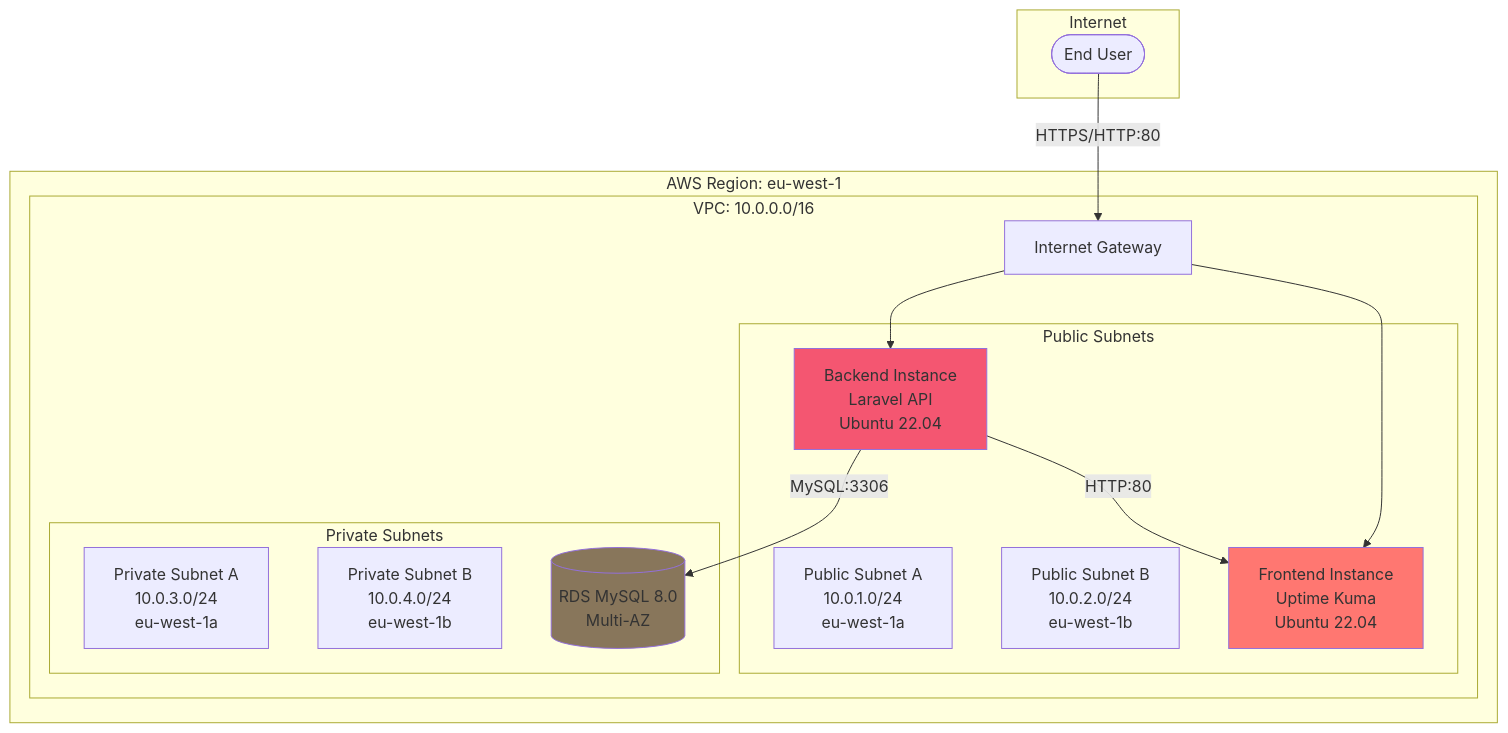
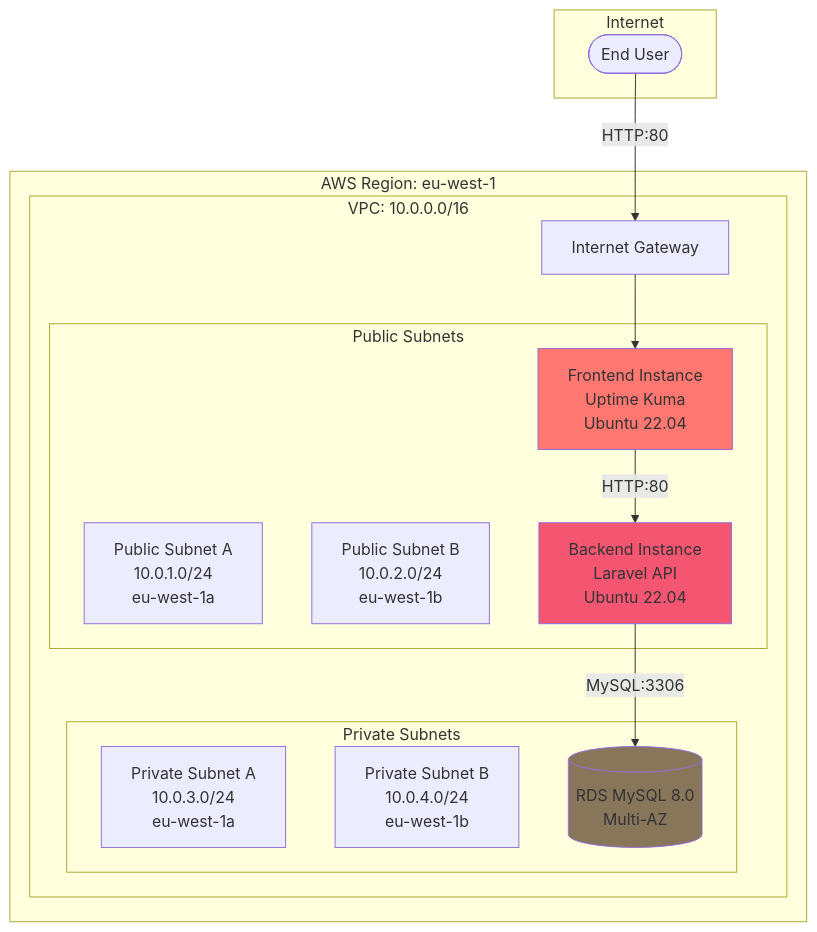
One commit to Omarh4700/Obelion-Cloud-task changed the first of 2 diagrams in README.md. Above: the diagram before and after it, drawn with Mermaid. The commit also changed 2 other files, not shown here.

Commit message:
Add Task

````diff
--- a/README.md
+++ b/README.md
@@ -22,35 +22,35 @@
 ```mermaid
 graph TB
     subgraph Internet
         User([End User])
     end
     
     subgraph AWS_Region[AWS Region: eu-west-1]
         subgraph VPC[VPC: 10.0.0.0/16]
             IGW[Internet Gateway]
             
             subgraph PublicSubnets[Public Subnets]
                 SubnetA[Public Subnet A<br/>10.0.1.0/24<br/>eu-west-1a]
                 SubnetB[Public Subnet B<br/>10.0.2.0/24<br/>eu-west-1b]
                 Frontend[Frontend Instance<br/>Uptime Kuma<br/>Ubuntu 22.04]
                 Backend[Backend Instance<br/>Laravel API<br/>Ubuntu 22.04]
             end
             
             subgraph PrivateSubnets[Private Subnets]
                 PrivA[Private Subnet A<br/>10.0.3.0/24<br/>eu-west-1a]
                 PrivB[Private Subnet B<br/>10.0.4.0/24<br/>eu-west-1b]
                 RDS[(RDS MySQL 8.0<br/>Multi-AZ)]
             end
         end
     end
     
-    User -->|HTTPS/HTTP:80| IGW
+    
+    User -->|HTTP:80| IGW
     IGW --> Frontend
-    IGW --> Backend
-    Backend -->|HTTP:80| Frontend
+    Frontend -->|HTTP:80| Backend
     Backend -->|MySQL:3306| RDS
     
     style Frontend fill:#FF7771
     style Backend fill:#F45671
     style RDS fill:#88765B
 ```
````
